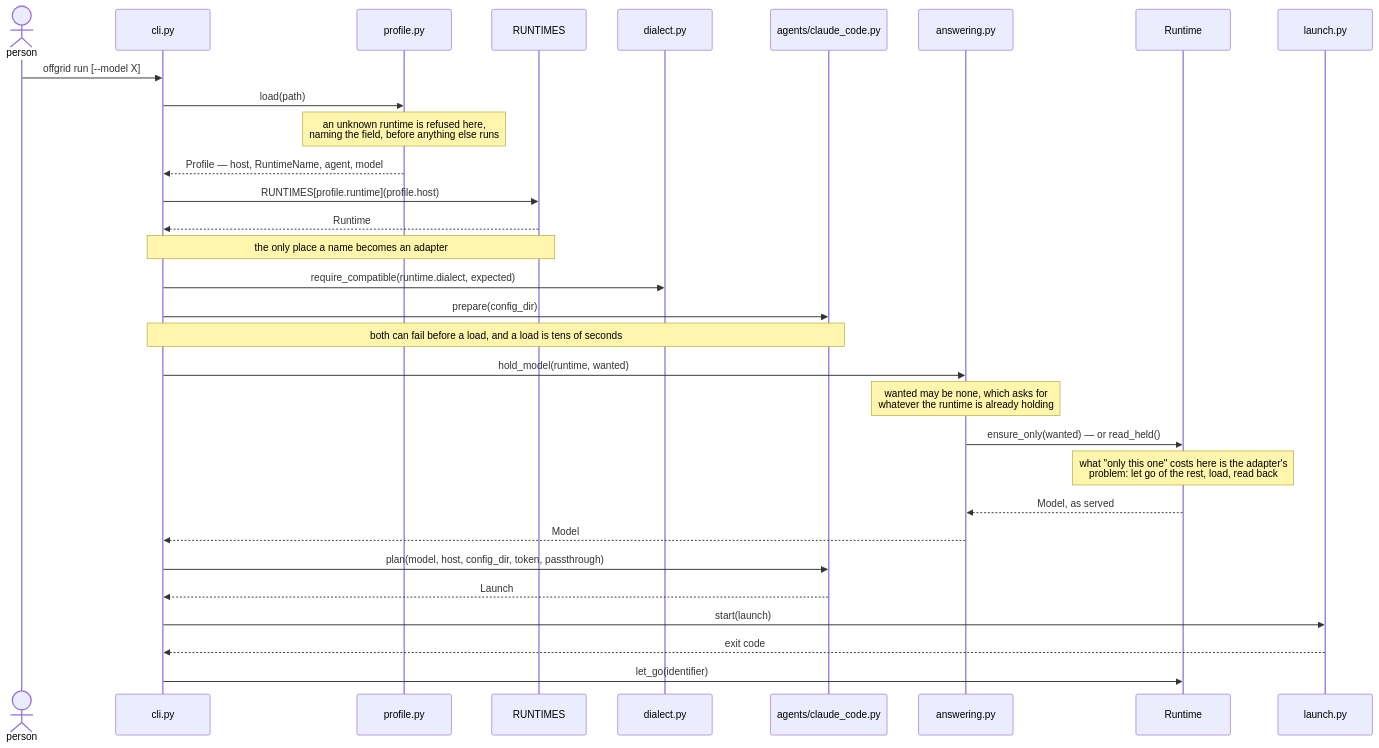
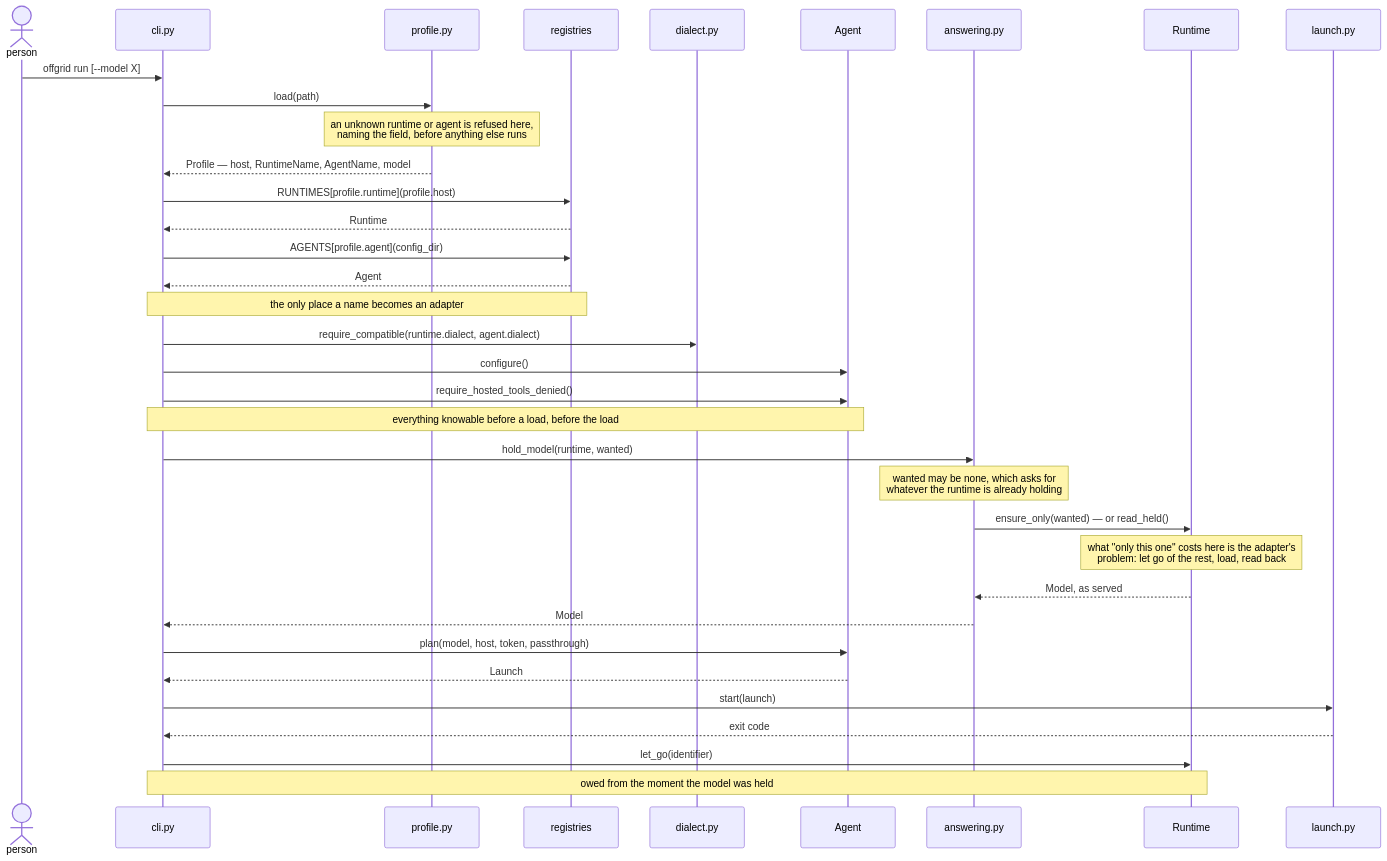
One commit to pvardanis/offgrid changed the second of 3 diagrams in docs/architecture.md. Above: the diagram before and after it, drawn with Mermaid. The commit also changed other lines of this file and 1 other file, not shown here.

First line of the commit message:
docs: mark the agent seam built, and what building it settled

````diff
--- a/docs/architecture.md
+++ b/docs/architecture.md
@@ -128,34 +129,38 @@
 ```mermaid
 sequenceDiagram
     actor P as person
     participant C as cli.py
     participant F as profile.py
-    participant G as RUNTIMES
+    participant G as registries
     participant D as dialect.py
-    participant A as agents/claude_code.py
+    participant A as Agent
     participant H as answering.py
     participant R as Runtime
     participant L as launch.py
 
     P->>C: offgrid run [--model X]
     C->>F: load(path)
-    Note over F: an unknown runtime is refused here,<br/>naming the field, before anything else runs
-    F-->>C: Profile — host, RuntimeName, agent, model
+    Note over F: an unknown runtime or agent is refused here,<br/>naming the field, before anything else runs
+    F-->>C: Profile — host, RuntimeName, AgentName, model
     C->>G: RUNTIMES[profile.runtime](profile.host)
     G-->>C: Runtime
+    C->>G: AGENTS[profile.agent](config_dir)
+    G-->>C: Agent
     Note over C,G: the only place a name becomes an adapter
-    C->>D: require_compatible(runtime.dialect, expected)
-    C->>A: prepare(config_dir)
-    Note over C,A: both can fail before a load, and a load is tens of seconds
+    C->>D: require_compatible(runtime.dialect, agent.dialect)
+    C->>A: configure()
+    C->>A: require_hosted_tools_denied()
+    Note over C,A: everything knowable before a load, before the load
     C->>H: hold_model(runtime, wanted)
     Note over H: wanted may be none, which asks for<br/>whatever the runtime is already holding
     H->>R: ensure_only(wanted) — or read_held()
     Note over R: what "only this one" costs here is the adapter's<br/>problem: let go of the rest, load, read back
     R-->>H: Model, as served
     H-->>C: Model
-    C->>A: plan(model, host, config_dir, token, passthrough)
+    C->>A: plan(model, host, token, passthrough)
     A-->>C: Launch
     C->>L: start(launch)
     L-->>C: exit code
     C->>R: let_go(identifier)
+    Note over C,R: owed from the moment the model was held
 ```
````
